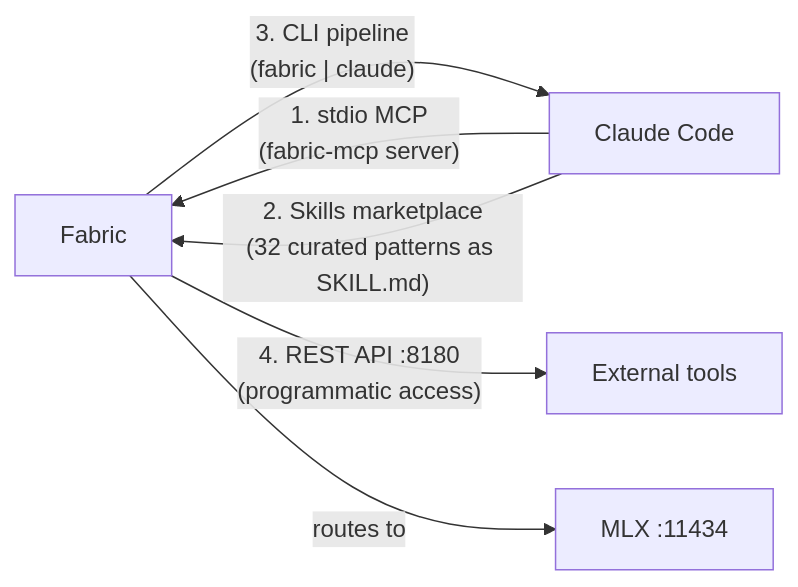
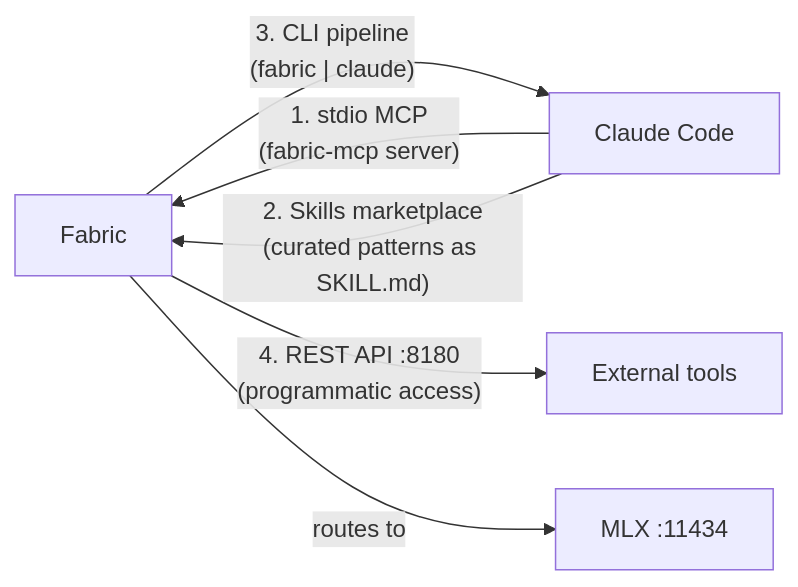
The fourth of 4 diagrams in docs/architecture/system-integration-map.md (dryvist/nix-ai), drawn with Mermaid before and after one commit. The commit also changed other lines of this file and 13 other files, not shown here.

````diff
--- a/docs/architecture/system-integration-map.md
+++ b/docs/architecture/system-integration-map.md
@@ -167,12 +167,12 @@
 ```mermaid
 graph LR
     FAB["Fabric"]
     CC["Claude Code"]
     MLX["MLX :11434"]
 
     CC -->|"1. stdio MCP\n(fabric-mcp server)"| FAB
-    CC -->|"2. Skills marketplace\n(32 curated patterns as SKILL.md)"| FAB
+    CC -->|"2. Skills marketplace\n(curated patterns as SKILL.md)"| FAB
     FAB -->|"3. CLI pipeline\n(fabric | claude)"| CC
     FAB -->|"4. REST API :8180\n(programmatic access)"| EXTERNAL["External tools"]
     FAB -->|routes to| MLX
 ```
````
